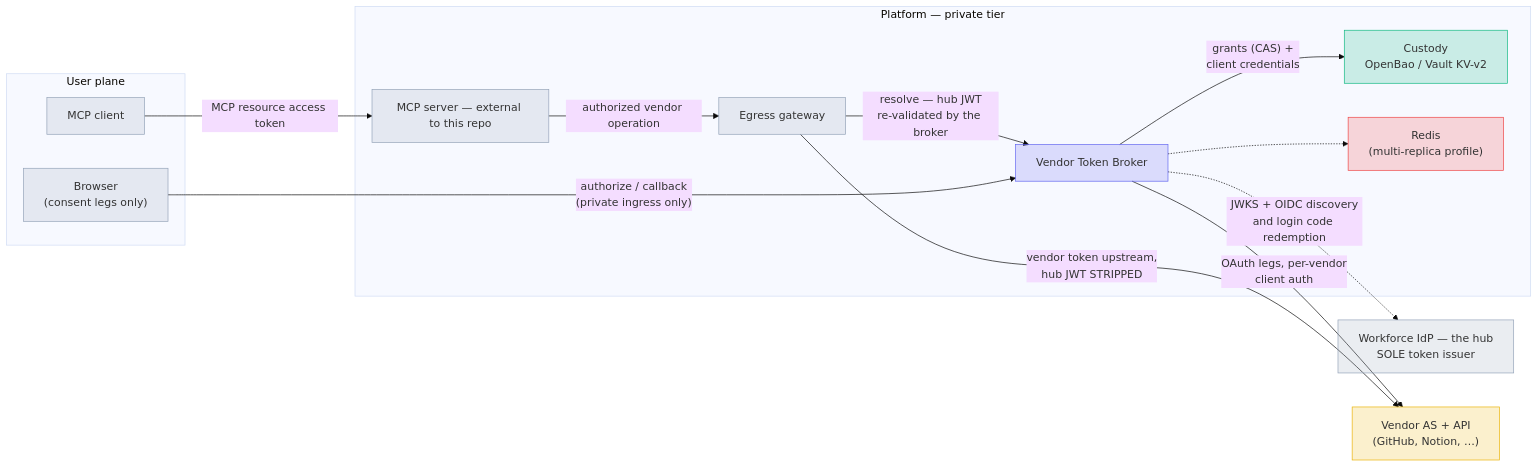
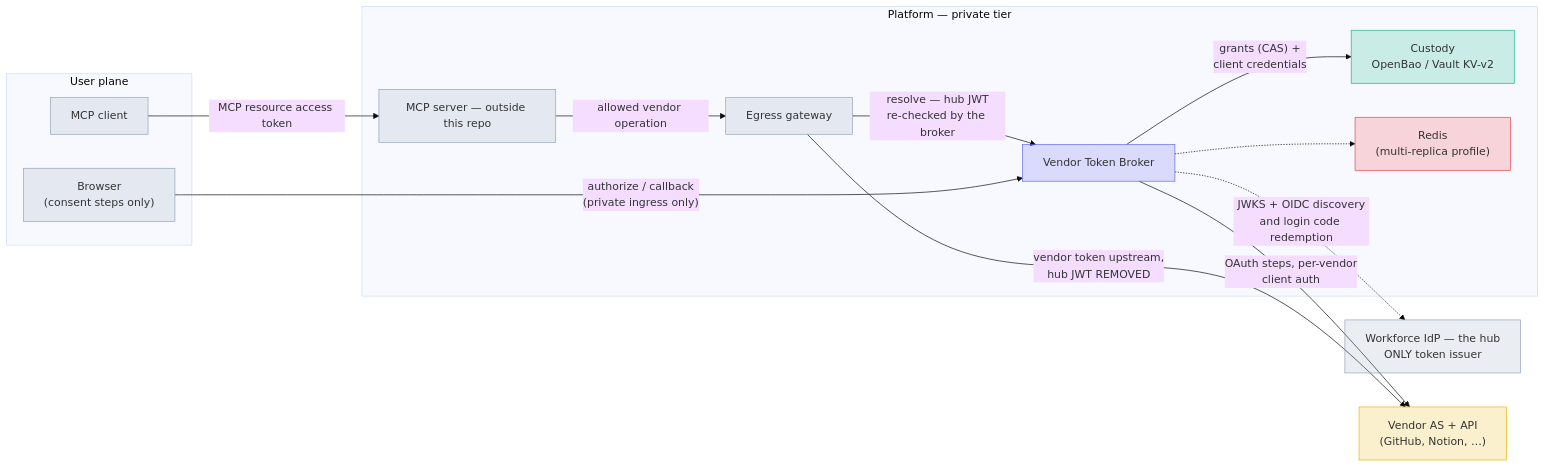
The first of 3 diagrams in docs/design.md (chief-builder/vendor-token-broker), drawn with Mermaid (base theme) before and after one commit. The commit also changed other lines of this file and 14 other files, not shown here.

````diff
--- a/docs/design.md
+++ b/docs/design.md
@@ -51,37 +87,37 @@
 ```mermaid
 flowchart LR
     subgraph userplane["User plane"]
         C["MCP client"]
-        UA["Browser<br/>(consent legs only)"]
+        UA["Browser<br/>(consent steps only)"]
     end
     subgraph platform["Platform — private tier"]
-        S["MCP server — external to this repo"]
+        S["MCP server — outside this repo"]
         G["Egress gateway"]
         B["Vendor Token Broker"]
         K["Custody<br/>OpenBao / Vault KV-v2"]
         R["Redis<br/>(multi-replica profile)"]
     end
-    H["Workforce IdP — the hub<br/>SOLE token issuer"]
+    H["Workforce IdP — the hub<br/>ONLY token issuer"]
     V["Vendor AS + API<br/>(GitHub, Notion, …)"]
 
     C -- "MCP resource access token" --> S
-    S -- "authorized vendor operation" --> G
-    G -- "resolve — hub JWT<br/>re-validated by the broker" --> B
+    S -- "allowed vendor operation" --> G
+    G -- "resolve — hub JWT<br/>re-checked by the broker" --> B
     UA -- "authorize / callback<br/>(private ingress only)" --> B
     B -. "JWKS + OIDC discovery<br/>and login code redemption" .-> H
-    B -- "OAuth legs, per-vendor<br/>client auth" --> V
-    G -- "vendor token upstream,<br/>hub JWT STRIPPED" --> V
+    B -- "OAuth steps, per-vendor<br/>client auth" --> V
+    G -- "vendor token upstream,<br/>hub JWT REMOVED" --> V
     B -- "grants (CAS) +<br/>client credentials" --> K
     B -.-> R
 
     classDef broker fill:#6366f133,stroke:#6366f1
     classDef vendor fill:#eab30833,stroke:#eab308
     classDef custody fill:#10b98133,stroke:#10b981
     classDef coord fill:#ef444433,stroke:#ef4444
     classDef neutral fill:#94a3b833,stroke:#94a3b8
     class B broker
     class V vendor
     class K custody
     class R coord
     class C,UA,S,G,H neutral
 ```
````
